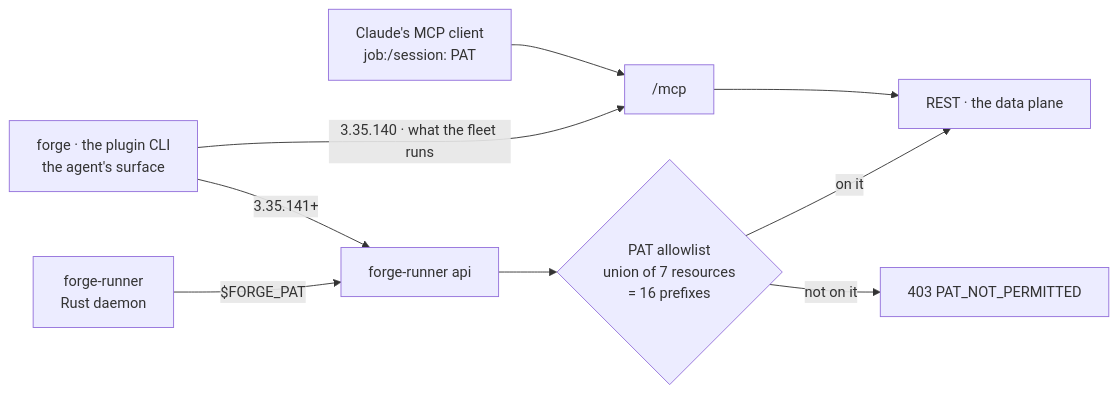
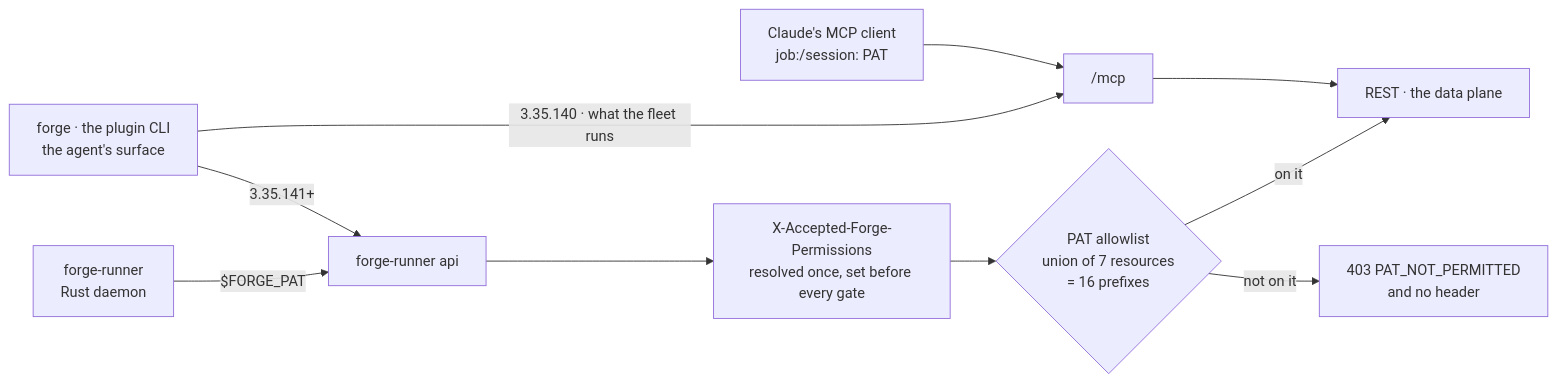
One commit to SidCorp-co/forge changed the diagram in docs/architecture/data-plane-surface.md. Above: the diagram before and after it, drawn with Mermaid. The commit also changed other lines of this file and 10 other files, not shown here.

First line of the commit message:
feat(auth): a PAT is told which permission the route wanted, on a header (ISS-974)

````diff
--- a/docs/architecture/data-plane-surface.md
+++ b/docs/architecture/data-plane-surface.md
@@ -21,11 +21,12 @@
 ```mermaid
 flowchart LR
   D["forge-runner<br/>Rust daemon"] -->|"$FORGE_PAT"| CLI["forge-runner api"]
   P["forge · the plugin CLI<br/>the agent's surface"] -->|"3.35.141+"| CLI
   P -->|"3.35.140 · what the fleet runs"| MCP["/mcp"]
   MC["Claude's MCP client<br/>job:/session: PAT"] --> MCP
-  CLI --> F{"PAT allowlist<br/>union of 7 resources<br/>= 16 prefixes"}
+  CLI --> W["X-Accepted-Forge-Permissions<br/>resolved once, set before every gate"]
+  W --> F{"PAT allowlist<br/>union of 7 resources<br/>= 16 prefixes"}
   F -->|on it| R["REST · the data plane"]
-  F -->|not on it| X["403 PAT_NOT_PERMITTED"]
+  F -->|not on it| X["403 PAT_NOT_PERMITTED<br/>and no header"]
   MCP --> R
 ```
````
